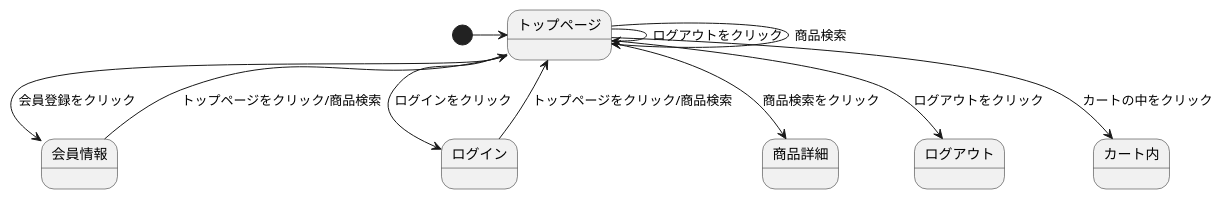
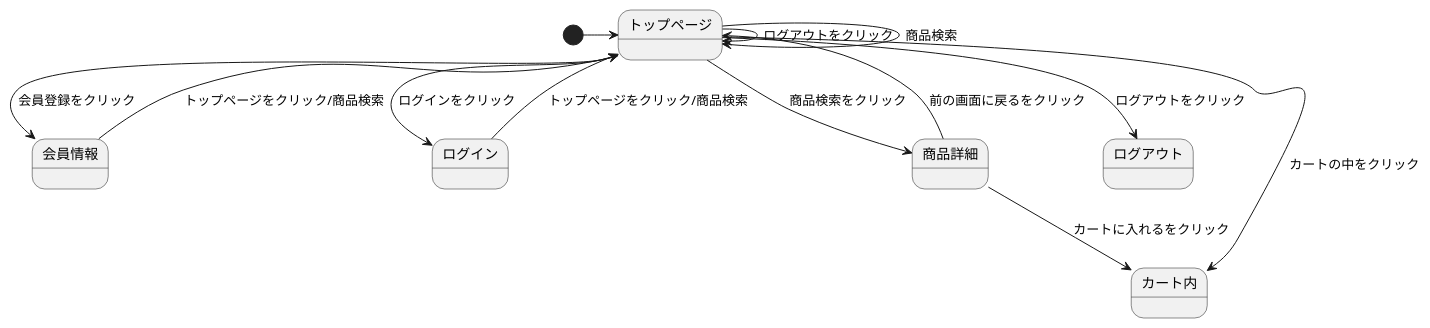
Before and after one commit to Aso2001368/2021sys-design: the diagram in flow.md, drawn with PlantUML.

````diff
--- a/flow.md
+++ b/flow.md
@@ -1,16 +1,18 @@
 ```uml
 @startuml
 
 [*] -> トップページ
 会員情報 --> トップページ : トップページをクリック/商品検索
 ログイン --> トップページ : トップページをクリック/商品検索
 トップページ --> トップページ : ログアウトをクリック
 トップページ --> トップページ : 商品検索
 トップページ --> 商品詳細 : 商品検索をクリック
 トップページ --> 会員情報 : 会員登録をクリック
 トップページ --> ログイン : ログインをクリック
 トップページ --> ログアウト : ログアウトをクリック
 トップページ --> カート内 : カートの中をクリック
+商品詳細 --> カート内 : カートに入れるをクリック
+商品詳細 --> トップページ : 前の画面に戻るをクリック
 
 @enduml
 ```
````
